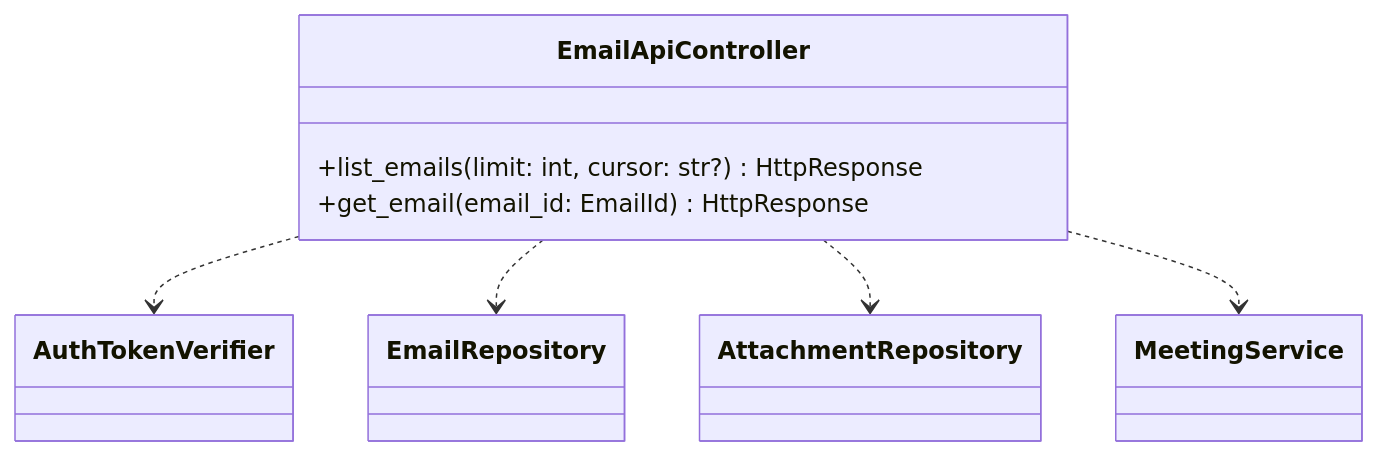
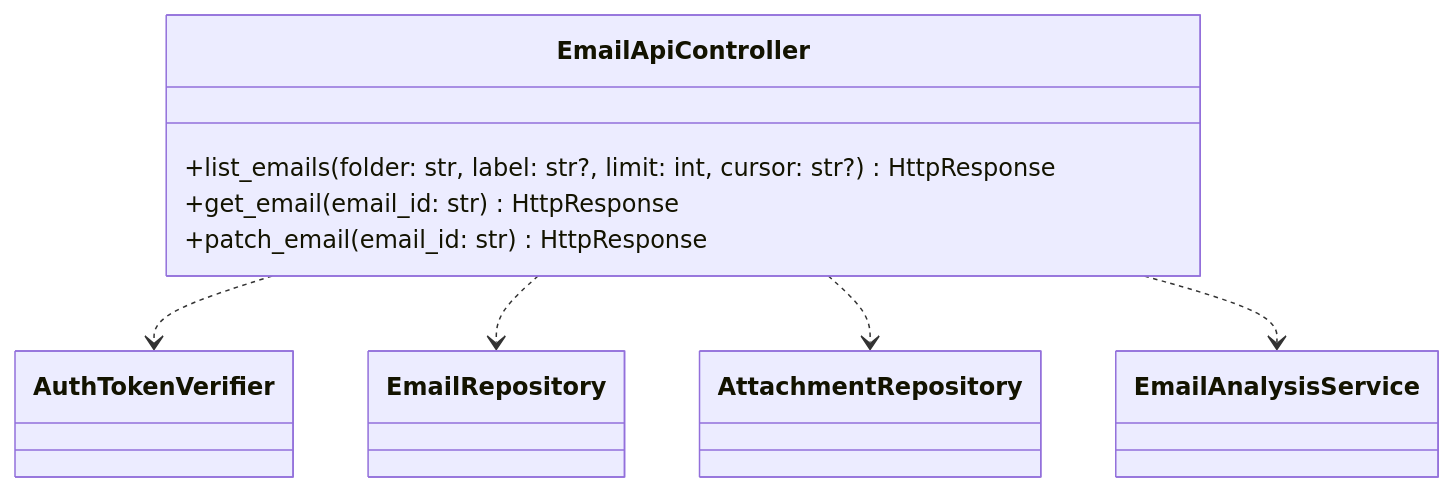
One commit to XunSong02/OutlookPlus changed diagram 18 of 20 in backend/backend_specification_Modules.md. Above: the diagram before and after it, drawn with Mermaid. The commit also changed other lines of this file and 159 other files, not shown here.

````diff
--- a/backend/backend_specification_Modules.md
+++ b/backend/backend_specification_Modules.md
@@ -1231,11 +1330,12 @@
 ```mermaid
 classDiagram
 	class EmailApiController {
-		+list_emails(limit: int, cursor: str?) HttpResponse
-		+get_email(email_id: EmailId) HttpResponse
+		+list_emails(folder: str, label: str?, limit: int, cursor: str?) HttpResponse
+		+get_email(email_id: str) HttpResponse
+		+patch_email(email_id: str) HttpResponse
 	}
 	EmailApiController ..> AuthTokenVerifier
 	EmailApiController ..> EmailRepository
 	EmailApiController ..> AttachmentRepository
-	EmailApiController ..> MeetingService
+	EmailApiController ..> EmailAnalysisService
 ```
````
